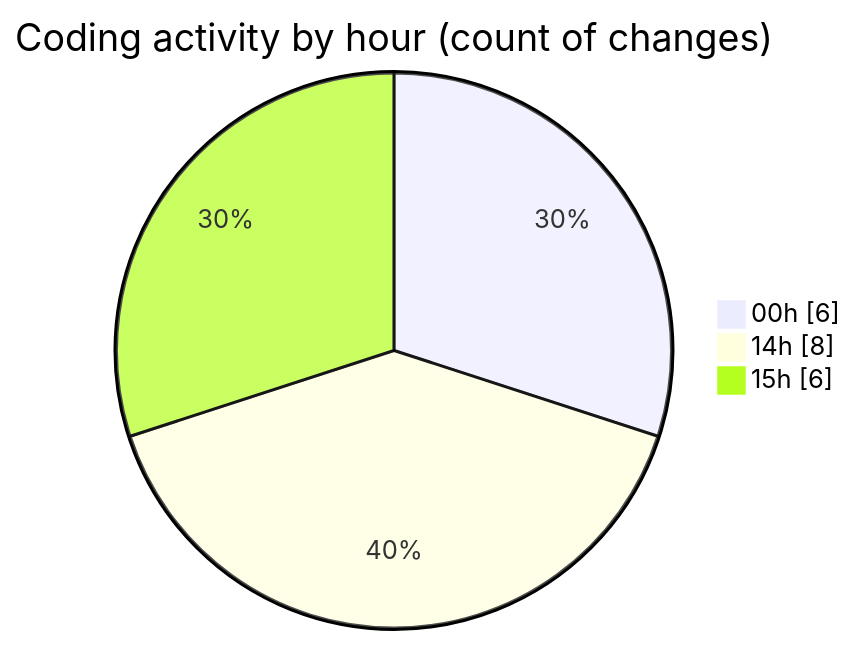
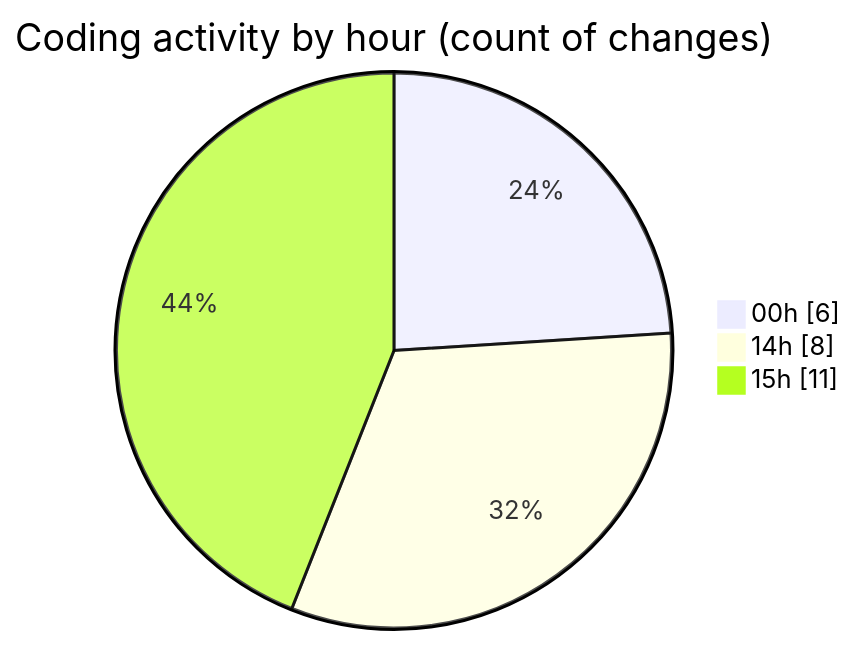
The second of 2 diagrams in 2025-03-15/myws__workspace_/README.md (MatusMokan/code-tracking), drawn with Mermaid before and after one commit. The commit also changed other lines of this file and 1 other file, not shown here.

````diff
--- a/2025-03-15/myws__workspace_/README.md
+++ b/2025-03-15/myws__workspace_/README.md
@@ -30,7 +30,7 @@
 ```mermaid
 pie showData
 title Coding activity by hour (count of changes)
 "00h" : 6
 "14h" : 8
-"15h" : 6
+"15h" : 11
 ```
````
